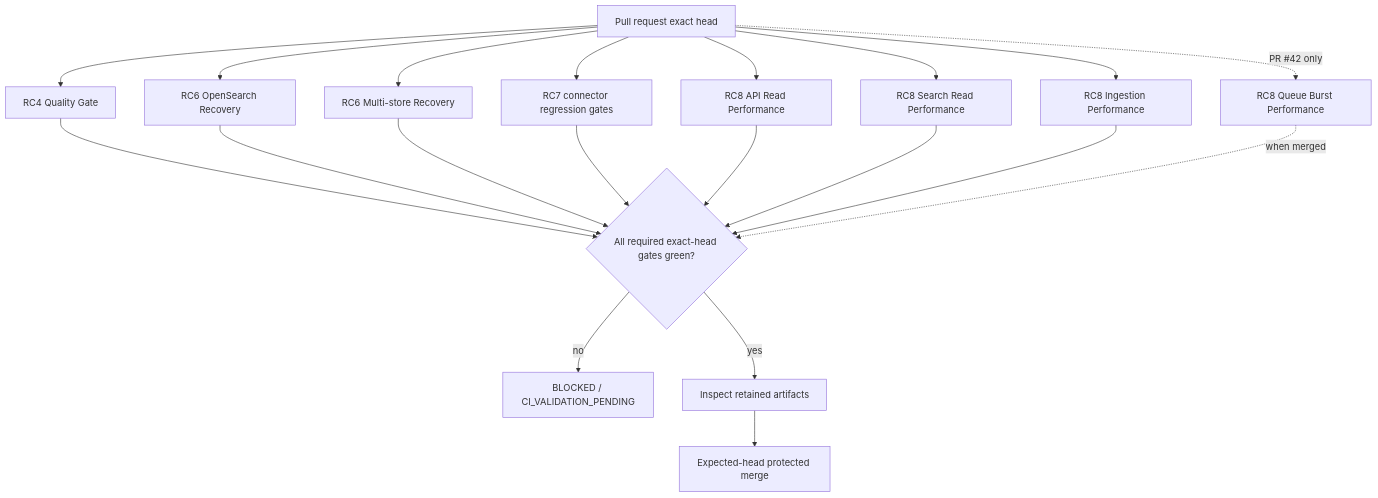
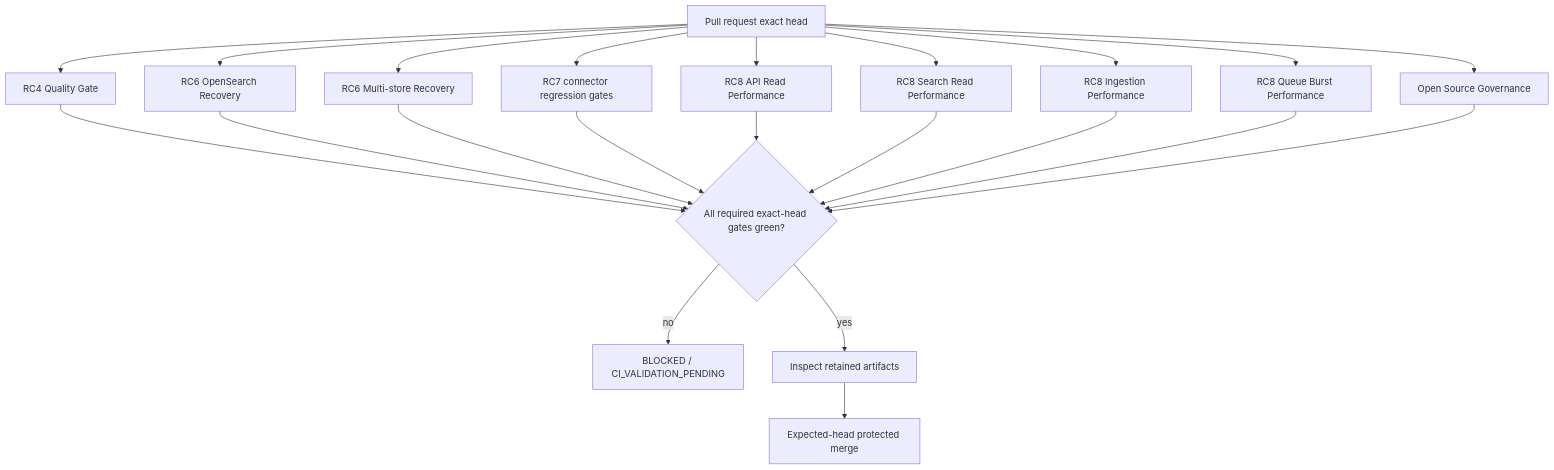
The third of 3 diagrams in docs/project/CURRENT_STATE.md (GJvManen/dtmo), drawn with Mermaid before and after one commit. The commit also changed other lines of this file, not shown here.

````diff
--- a/docs/project/CURRENT_STATE.md
+++ b/docs/project/CURRENT_STATE.md
@@ -56,24 +56,26 @@
 ```mermaid
 flowchart TB
     PR[Pull request exact head] --> QG[RC4 Quality Gate]
     PR --> R6A[RC6 OpenSearch Recovery]
     PR --> R6B[RC6 Multi-store Recovery]
     PR --> R7[RC7 connector regression gates]
     PR --> R82[RC8 API Read Performance]
     PR --> R83[RC8 Search Read Performance]
     PR --> R84[RC8 Ingestion Performance]
-    PR -. PR #42 only .-> R85[RC8 Queue Burst Performance]
+    PR --> R85[RC8 Queue Burst Performance]
+    PR --> OSG[Open Source Governance]
 
     QG --> ACCEPT{All required exact-head gates green?}
     R6A --> ACCEPT
     R6B --> ACCEPT
     R7 --> ACCEPT
     R82 --> ACCEPT
     R83 --> ACCEPT
     R84 --> ACCEPT
-    R85 -. when merged .-> ACCEPT
+    R85 --> ACCEPT
+    OSG --> ACCEPT
 
     ACCEPT -- no --> BLOCK[BLOCKED / CI_VALIDATION_PENDING]
     ACCEPT -- yes --> ART[Inspect retained artifacts]
     ART --> MERGE[Expected-head protected merge]
 ```
````
